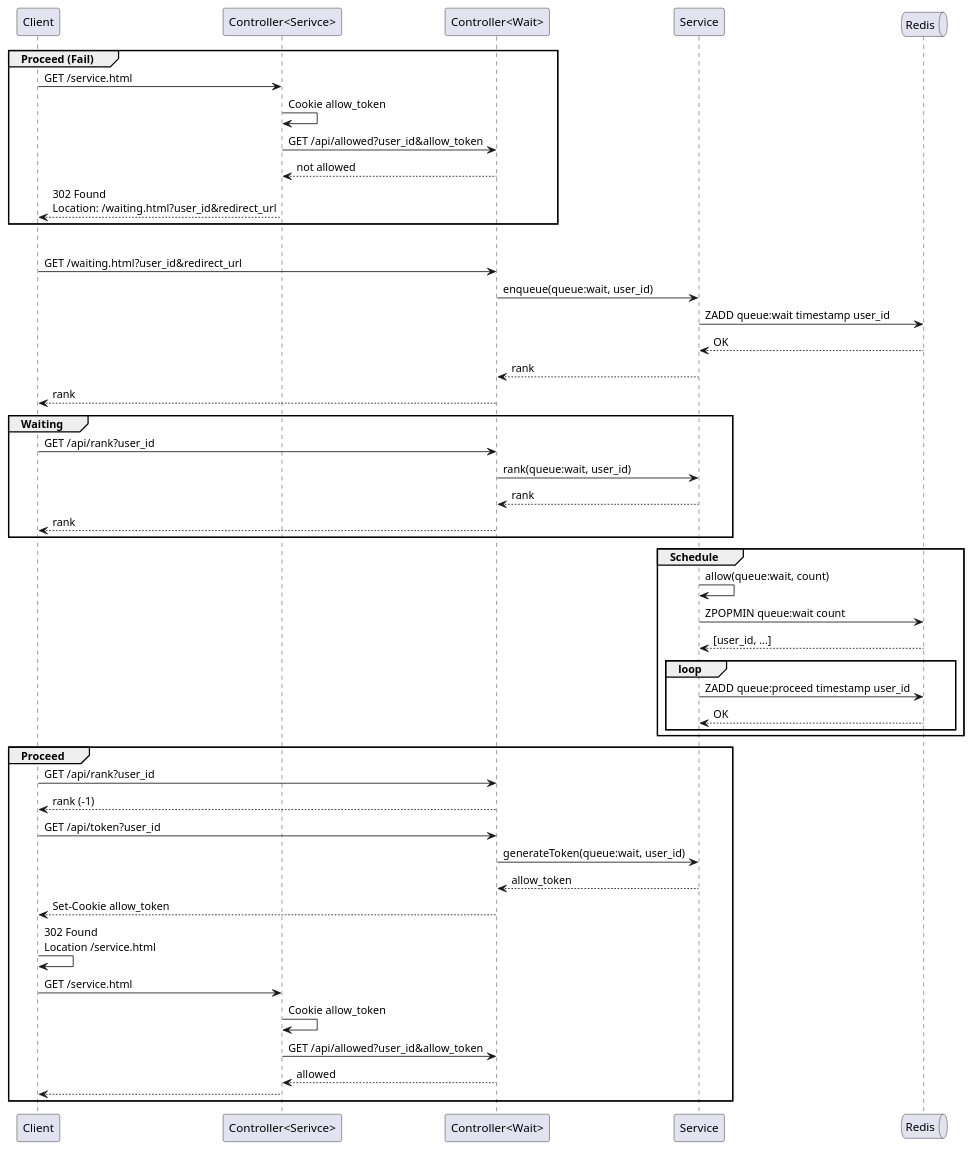
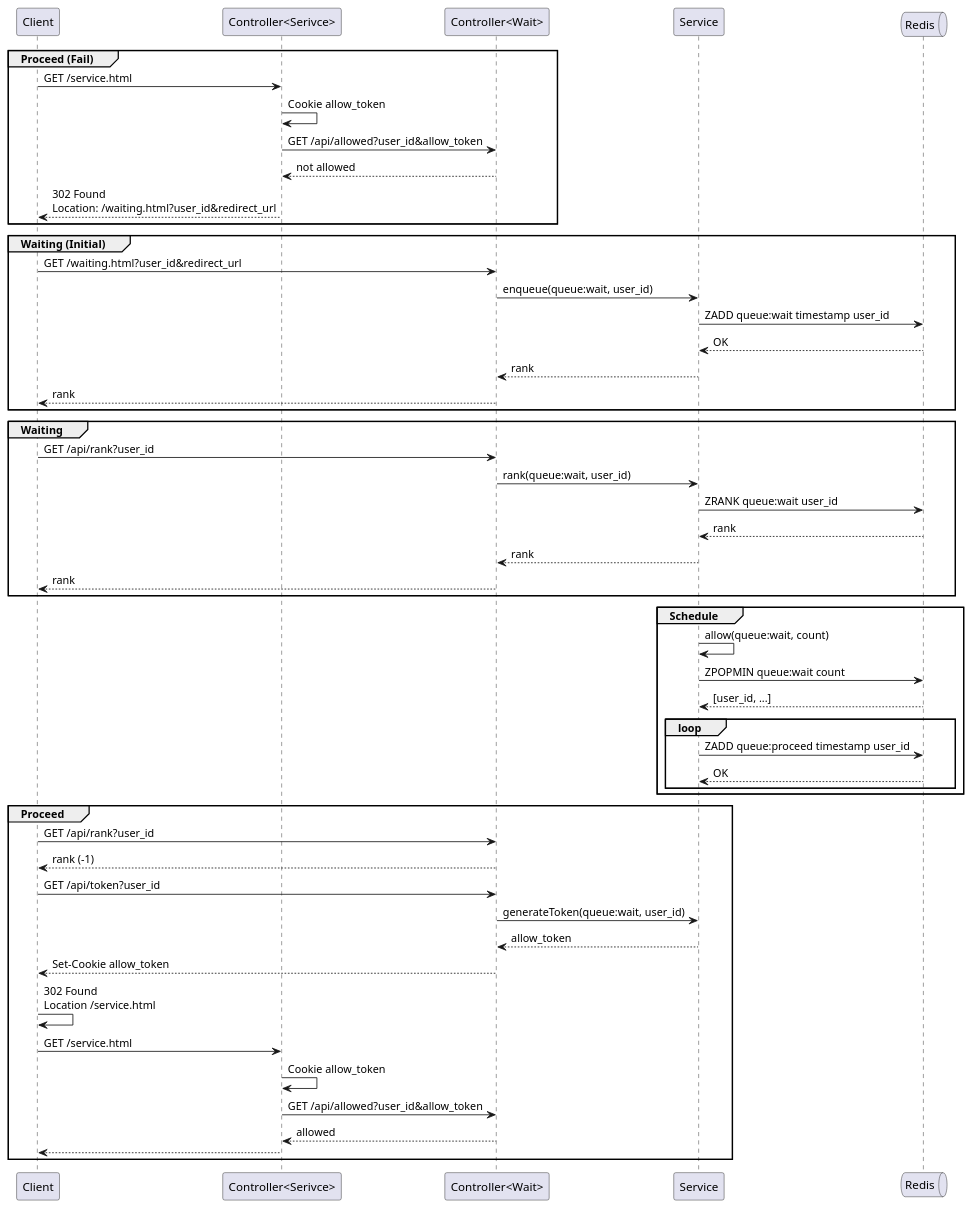
The diagram in _diary/2024-06-08.md (yanghoon/obsidian-workspace), drawn with PlantUML before and after one commit.

Commit message:
vault backup: 2024-06-09 20:04:12

````diff
--- a/_diary/2024-06-08.md
+++ b/_diary/2024-06-08.md
@@ -11,61 +11,64 @@
 ```plantuml
 @startuml
 
 participant Client
 participant "Controller<Serivce>" as ServiceController
 participant "Controller<Wait>" as Controller
 participant Service
 queue Redis
 
 group Proceed (Fail)
   Client -> ServiceController: GET /service.html
     ServiceController -> ServiceController: Cookie allow_token
     ServiceController -> Controller: GET /api/allowed?user_id&allow_token
     ServiceController <-- Controller: not allowed
   Client <-- ServiceController: 302 Found\nLocation: /waiting.html?user_id&redirect_url
 end
 
-group Waiting (Initia)
-Client -> Controller: GET /waiting.html?user_id&redirect_url
-  Controller -> Service: enqueue(queue:wait, user_id)
-    Service -> Redis: ZADD queue:wait timestamp user_id
-    Service <-- Redis: OK
-  Controller <-- Service: rank
-Client <-- Controller: rank
+group Waiting (Initial)
+  Client -> Controller: GET /waiting.html?user_id&redirect_url
+    Controller -> Service: enqueue(queue:wait, user_id)
+      Service -> Redis: ZADD queue:wait timestamp user_id
+      Service <-- Redis: OK
+    Controller <-- Service: rank
+  Client <-- Controller: rank
+end
 
 group Waiting
   Client -> Controller: GET /api/rank?user_id
     Controller -> Service: rank(queue:wait, user_id)
+      Service -> Redis: ZRANK queue:wait user_id
+      Service <-- Redis: rank
     Controller <-- Service: rank
   Client <-- Controller: rank
 end
 
 group Schedule
   Service -> Service: allow(queue:wait, count)
   Service -> Redis: ZPOPMIN queue:wait count
   Service <-- Redis: [user_id, ...]
   loop
     Service -> Redis: ZADD queue:proceed timestamp user_id
     Service <-- Redis: OK
   end
 end
 
 group Proceed
   Client -> Controller: GET /api/rank?user_id
   Client <-- Controller: rank (-1)
 
   Client -> Controller: GET /api/token?user_id
     Controller -> Service: generateToken(queue:wait, user_id)
     Controller <-- Service: allow_token
   Client <-- Controller: Set-Cookie allow_token
 
   Client -> Client: 302 Found\nLocation /service.html
   Client -> ServiceController: GET /service.html
     ServiceController -> ServiceController: Cookie allow_token
     ServiceController -> Controller: GET /api/allowed?user_id&allow_token
     ServiceController <-- Controller: allowed
   Client <-- ServiceController
 end
 
 @enduml
 ```
````
